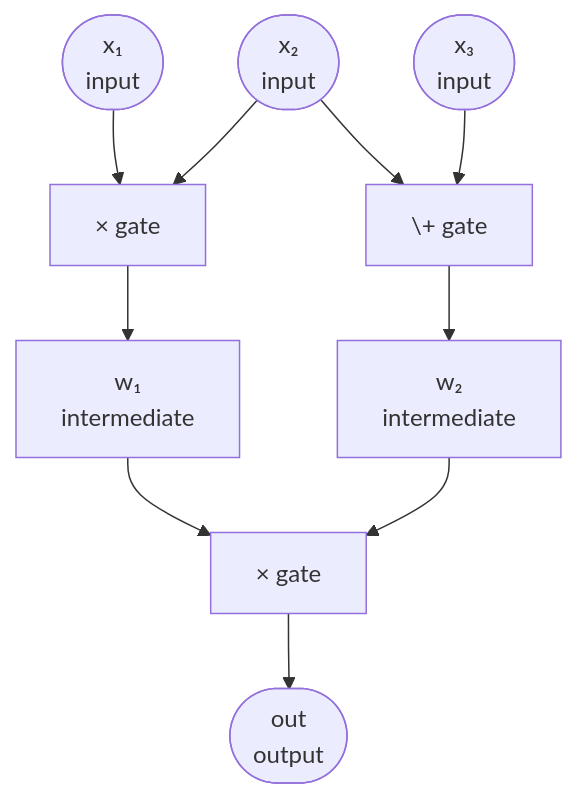
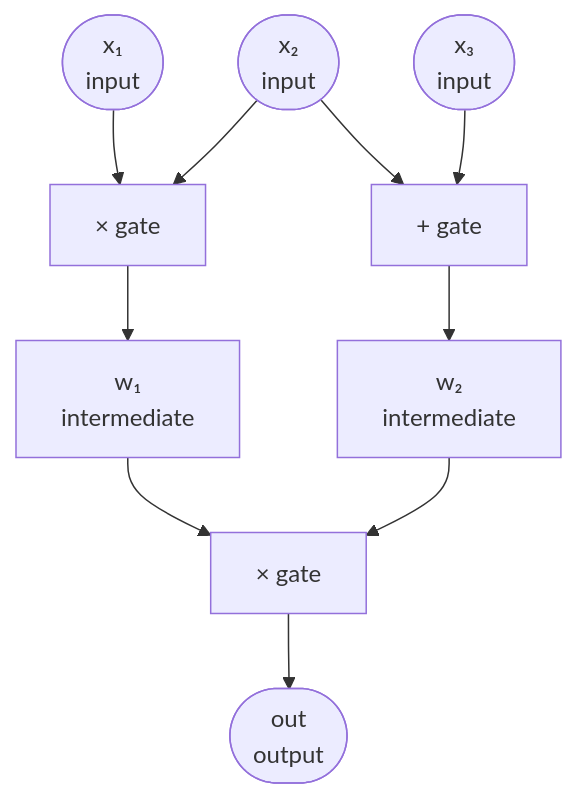
One commit to nhatminh65537/kitsu-quartz changed the second of 6 diagrams in content/zkverify-series/arithmetic-circuits/03-arithmetic-circuits.md. Above: the diagram before and after it, drawn with Mermaid. The commit also changed other lines of this file and 127 other files, not shown here.

````diff
--- a/content/zkverify-series/arithmetic-circuits/03-arithmetic-circuits.md
+++ b/content/zkverify-series/arithmetic-circuits/03-arithmetic-circuits.md
@@ -78,9 +70,9 @@
 ```mermaid
 graph TD
     x1(["x₁<br>input"]) & x2(["x₂<br>input"]) --> gMul["× gate"]
-    x2 & x3(["x₃<br>input"]) --> gAdd["\+ gate"]
+    x2 & x3(["x₃<br>input"]) --> gAdd["+ gate"]
     gMul --> w1["w₁<br>intermediate"]
     gAdd --> w2["w₂<br>intermediate"]
     w1 & w2 --> gFinal["× gate"]
     gFinal --> out(["out<br>output"])
 ```
````
